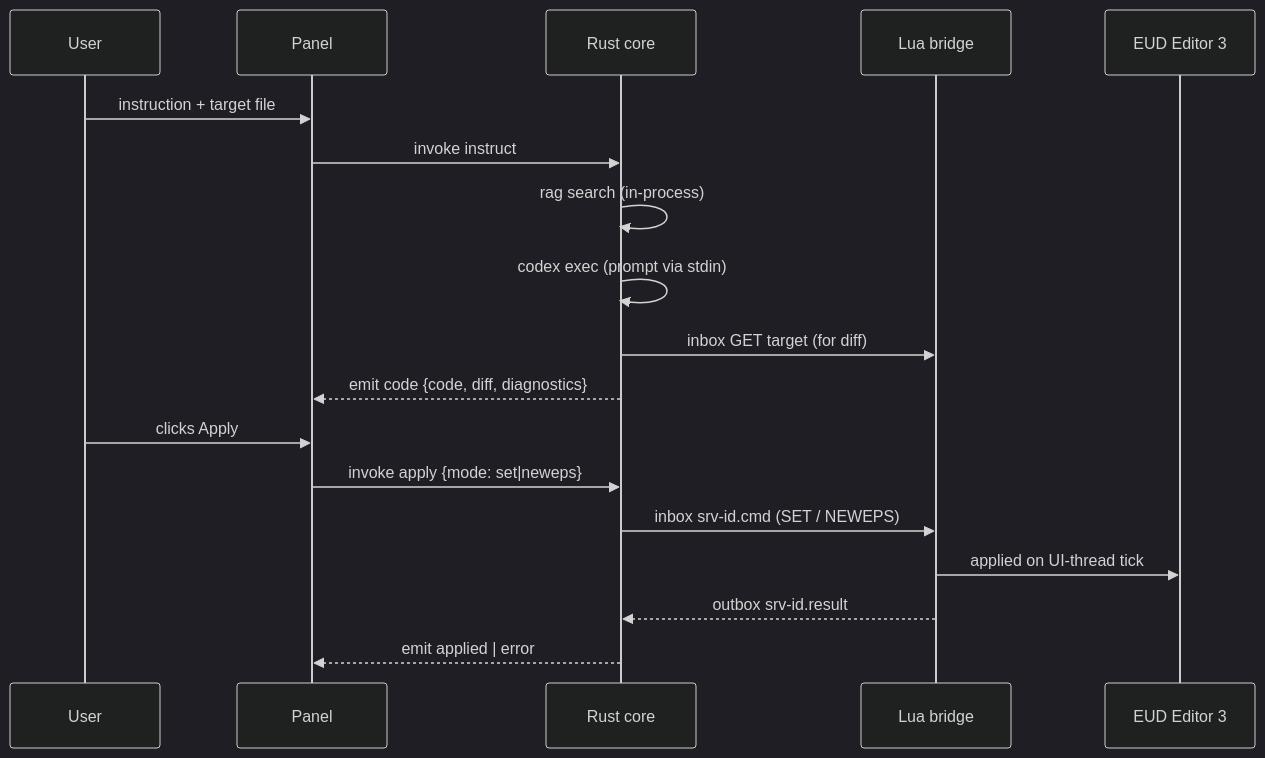
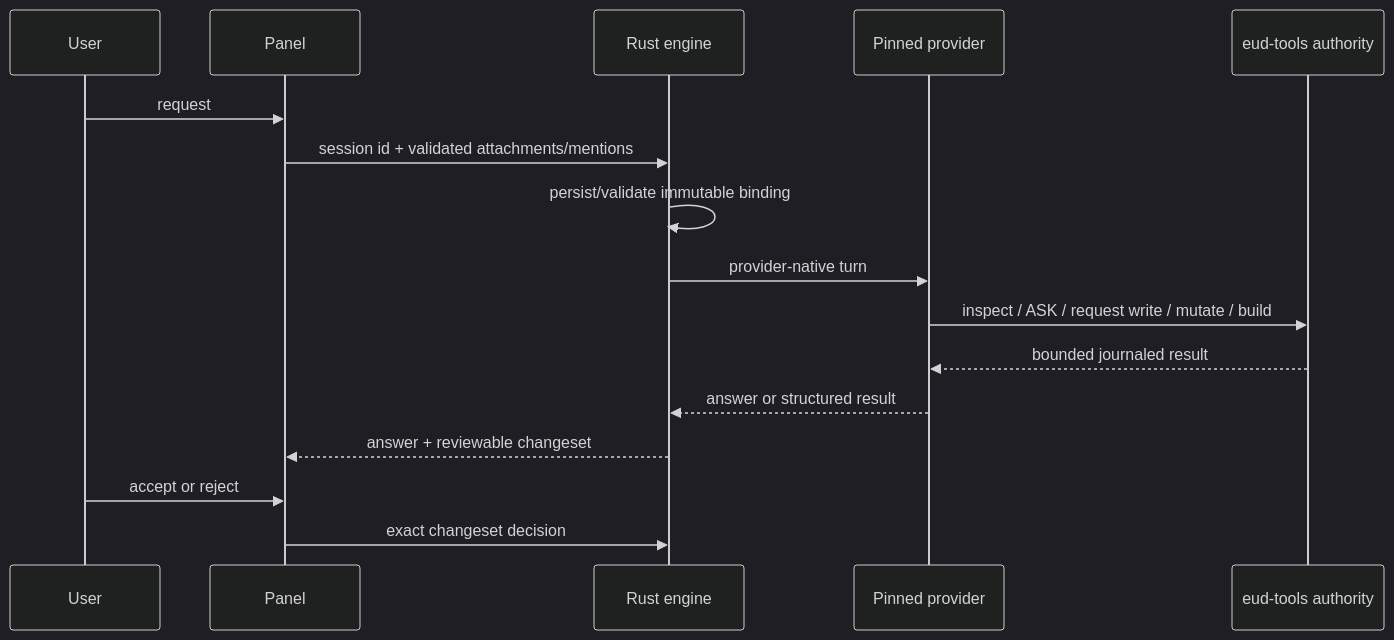
One commit to raravel/eud-agent changed the second of 2 diagrams in README.md. Above: the diagram before and after it, drawn with Mermaid (dark theme). The commit also changed other lines of this file and 75 other files, not shown here.

````diff
--- a/README.md
+++ b/README.md
@@ -134,20 +126,18 @@
 ```mermaid
 sequenceDiagram
     participant U as User
     participant P as Panel
-    participant C as Rust core
-    participant L as Lua bridge
-    participant E as EUD Editor 3
-    U->>P: instruction + target file
-    P->>C: invoke instruct
-    C->>C: rag search (in-process)
-    C->>C: codex exec (prompt via stdin)
-    C->>L: inbox GET target (for diff)
-    C-->>P: emit code {code, diff, diagnostics}
-    U->>P: clicks Apply
-    P->>C: invoke apply {mode: set|neweps}
-    C->>L: inbox srv-id.cmd (SET / NEWEPS)
-    L->>E: applied on UI-thread tick
-    L-->>C: outbox srv-id.result
-    C-->>P: emit applied | error
+    participant R as Rust engine
+    participant A as Pinned provider
+    participant T as eud-tools authority
+    U->>P: request
+    P->>R: session id + validated attachments/mentions
+    R->>R: persist/validate immutable binding
+    R->>A: provider-native turn
+    A->>T: inspect / ASK / request write / mutate / build
+    T-->>A: bounded journaled result
+    A-->>R: answer or structured result
+    R-->>P: answer + reviewable changeset
+    U->>P: accept or reject
+    P->>R: exact changeset decision
 ```
````
